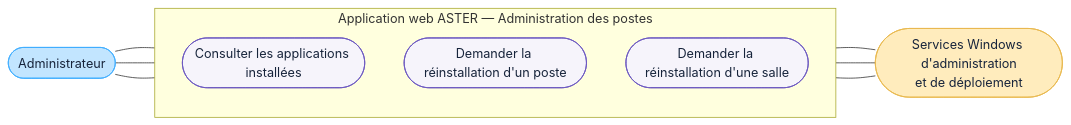
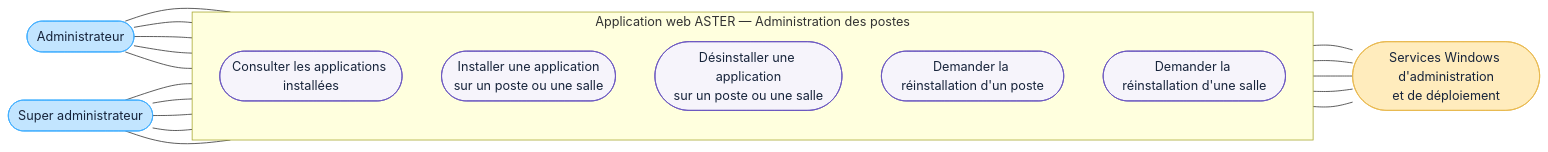
Before and after one commit to bpierrelouis/aster: the diagram in docs/09-DCU-ADMINISTRATION-POSTES.md, drawn with Mermaid. The commit also changed 10 other files, not shown here.

````diff
--- a/docs/09-DCU-ADMINISTRATION-POSTES.md
+++ b/docs/09-DCU-ADMINISTRATION-POSTES.md
@@ -3,28 +3,40 @@
 ```mermaid
 flowchart LR
     administrateur(["Administrateur"])
+    superAdministrateur(["Super administrateur"])
 
     subgraph aster["Application web ASTER — Administration des postes"]
         direction TB
         consulterApplications(["Consulter les applications installées"])
+        installerApplication(["Installer une application<br/>sur un poste ou une salle"])
+        desinstallerApplication(["Désinstaller une application<br/>sur un poste ou une salle"])
         demanderPoste(["Demander la réinstallation d'un poste"])
         demanderSalle(["Demander la réinstallation d'une salle"])
     end
 
     servicesWindows(["Services Windows d'administration<br/>et de déploiement"])
 
     administrateur --- consulterApplications
+    administrateur --- installerApplication
+    administrateur --- desinstallerApplication
     administrateur --- demanderPoste
     administrateur --- demanderSalle
+    superAdministrateur --- consulterApplications
+    superAdministrateur --- installerApplication
+    superAdministrateur --- desinstallerApplication
+    superAdministrateur --- demanderPoste
+    superAdministrateur --- demanderSalle
 
     consulterApplications --- servicesWindows
+    installerApplication --- servicesWindows
+    desinstallerApplication --- servicesWindows
     demanderPoste --- servicesWindows
     demanderSalle --- servicesWindows
 
     classDef acteur fill:#C2E5FF,stroke:#3DADFF,color:#17243B
     classDef acteurSecondaire fill:#FFECBD,stroke:#E8B84E,color:#17243B
     classDef cas fill:#F6F4FB,stroke:#6954C0,color:#17243B
-    class administrateur acteur
+    class administrateur,superAdministrateur acteur
     class servicesWindows acteurSecondaire
-    class consulterApplications,demanderPoste,demanderSalle cas
+    class consulterApplications,installerApplication,desinstallerApplication,demanderPoste,demanderSalle cas
 ```
````
